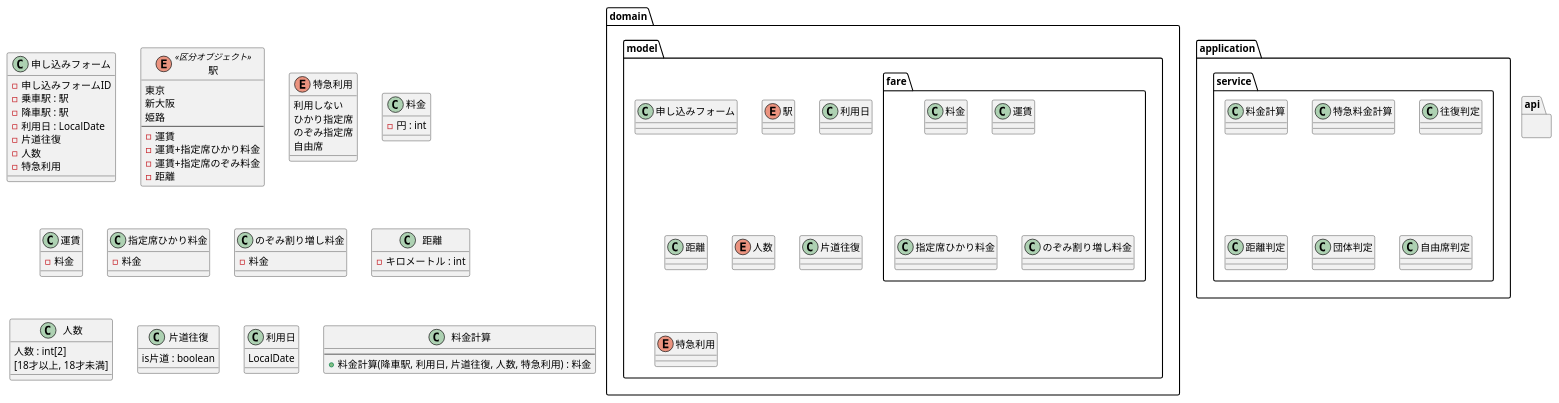
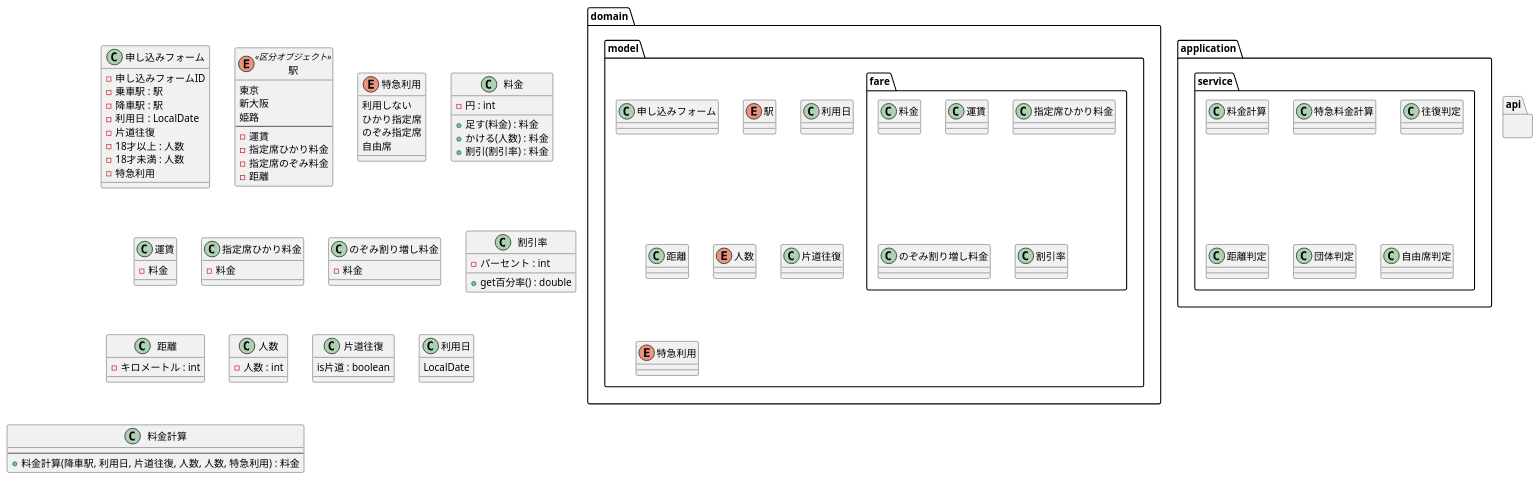
Before and after one commit to MiuraKotaro/jr-pricing: the diagram in uml/class.puml, drawn with PlantUML. The commit also changed 5 other files, not shown here.

```diff
--- a/uml/class.puml
+++ b/uml/class.puml
@@ -1,99 +1,109 @@
 @startuml
 
 package domain {
     package model {
 
         class 申し込みフォーム
         enum 駅
         package fare {
             class 料金
             class 運賃
             class 指定席ひかり料金
             class のぞみ割り増し料金
+            class 割引率
         }
         class 利用日
         class 距離
         enum 人数
         class 片道往復
         enum 特急利用
     }
 
 }
 
 package application {
     package service {
         class 料金計算
         class 特急料金計算
 
         class 往復判定
         class 距離判定
         class 団体判定
         class 自由席判定
     }
 }
 
 package api {
 }
 
 class 申し込みフォーム {
     - 申し込みフォームID
     - 乗車駅 : 駅
     - 降車駅 : 駅
     - 利用日 : LocalDate
     - 片道往復
-    - 人数
+    - 18才以上 : 人数
+    - 18才未満 : 人数
     - 特急利用
 
 
 }
 enum 駅 <<区分オブジェクト>> {
     東京
     新大阪
     姫路
     --
     - 運賃
-    - 運賃+指定席ひかり料金
-    - 運賃+指定席のぞみ料金
+    - 指定席ひかり料金
+    - 指定席のぞみ料金
     - 距離
 }
 enum 特急利用 {
     利用しない
     ひかり指定席
     のぞみ指定席
     自由席
 }
 class 料金 {
     - 円 : int
+
+    + 足す(料金) : 料金
+    + かける(人数) : 料金
+    + 割引(割引率) : 料金
 }
 class 運賃 {
     - 料金
 
 }
 class 指定席ひかり料金 {
     - 料金
 
 }
 class のぞみ割り増し料金 {
     - 料金
 
 }
+class 割引率 {
+    - パーセント : int
+
+    + get百分率() : double
+}
 class 距離 {
     - キロメートル : int
 }
 class 人数 {
-    人数 : int[2]
-    [18才以上, 18才未満]
+    - 人数 : int
 }
 class 片道往復 {
     is片道 : boolean
 }
 class 利用日 {
     LocalDate
 }
 
 class 料金計算 {
     --
-    + 料金計算(降車駅, 利用日, 片道往復, 人数, 特急利用) : 料金
+    + 料金計算(降車駅, 利用日, 片道往復, 人数, 人数, 特急利用) : 料金
 }
 
 @enduml
```
